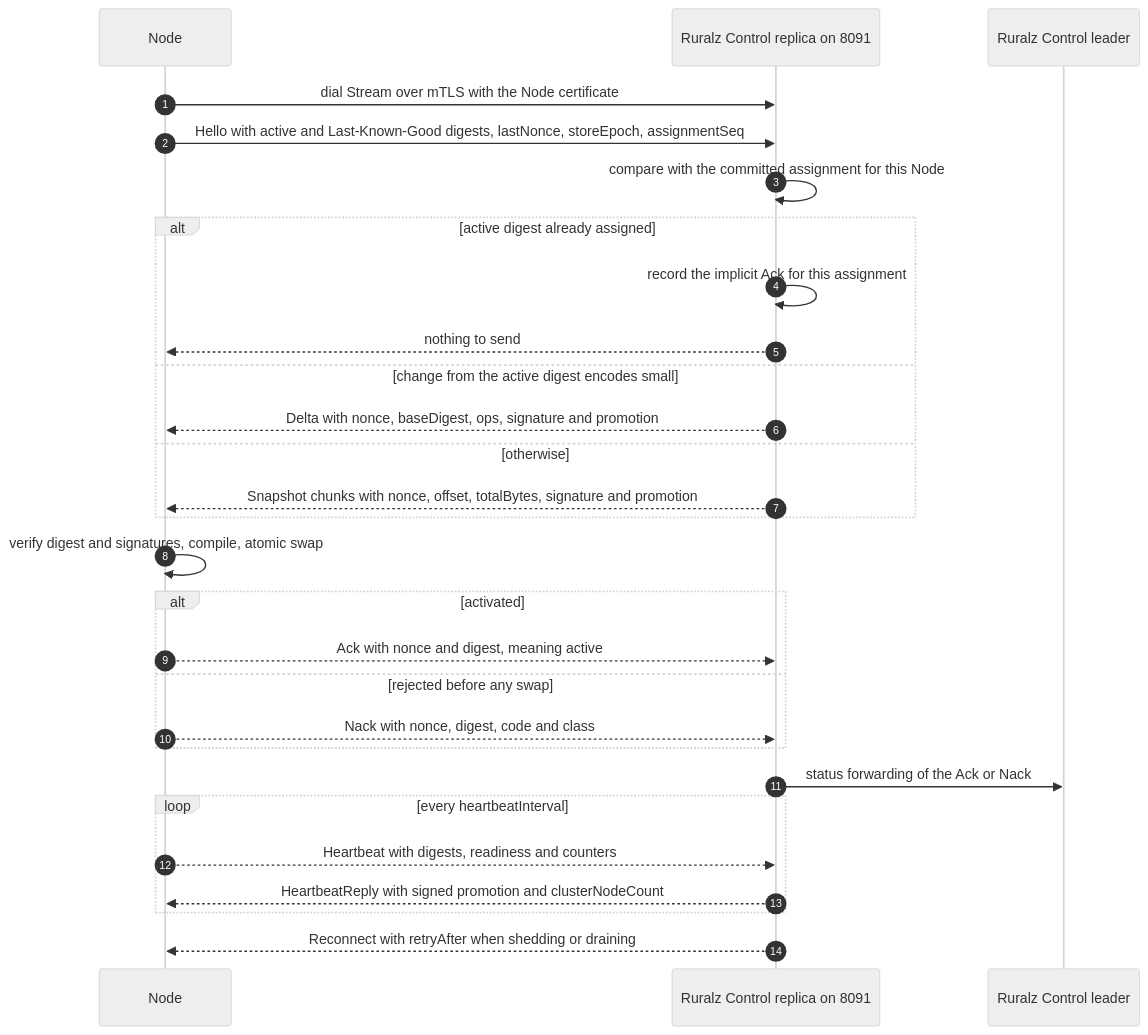
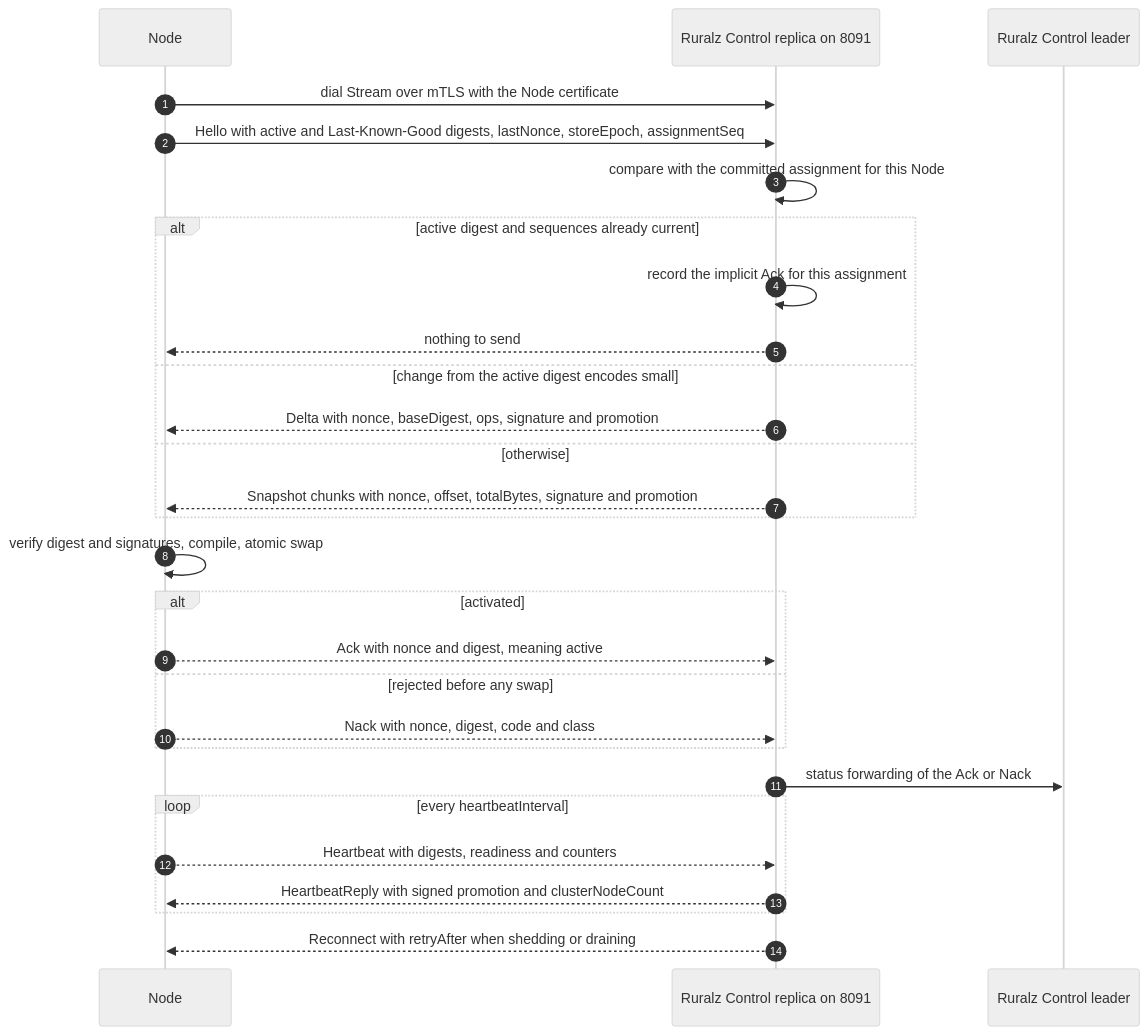
One commit to ravindu-rev/ruralz changed the first of 2 diagrams in docs/adr/0007-control-stream-protocol.md. Above: the diagram before and after it, drawn with Mermaid (neutral theme). The commit also changed other lines of this file and 40 other files, not shown here.

````diff
--- a/docs/adr/0007-control-stream-protocol.md
+++ b/docs/adr/0007-control-stream-protocol.md
@@ -62,30 +62,30 @@
 ```mermaid
 sequenceDiagram
     autonumber
     participant N as Node
     participant R as Ruralz Control replica on 8091
     participant L as Ruralz Control leader
     N->>R: dial Stream over mTLS with the Node certificate
     N->>R: Hello with active and Last-Known-Good digests, lastNonce, storeEpoch, assignmentSeq
     R->>R: compare with the committed assignment for this Node
-    alt active digest already assigned
+    alt active digest and sequences already current
         R->>R: record the implicit Ack for this assignment
         R-->>N: nothing to send
     else change from the active digest encodes small
         R-->>N: Delta with nonce, baseDigest, ops, signature and promotion
     else otherwise
         R-->>N: Snapshot chunks with nonce, offset, totalBytes, signature and promotion
     end
     N->>N: verify digest and signatures, compile, atomic swap
     alt activated
         N-->>R: Ack with nonce and digest, meaning active
     else rejected before any swap
         N-->>R: Nack with nonce, digest, code and class
     end
     R->>L: status forwarding of the Ack or Nack
     loop every heartbeatInterval
         N-->>R: Heartbeat with digests, readiness and counters
         R-->>N: HeartbeatReply with signed promotion and clusterNodeCount
     end
     R-->>N: Reconnect with retryAfter when shedding or draining
 ```
````
